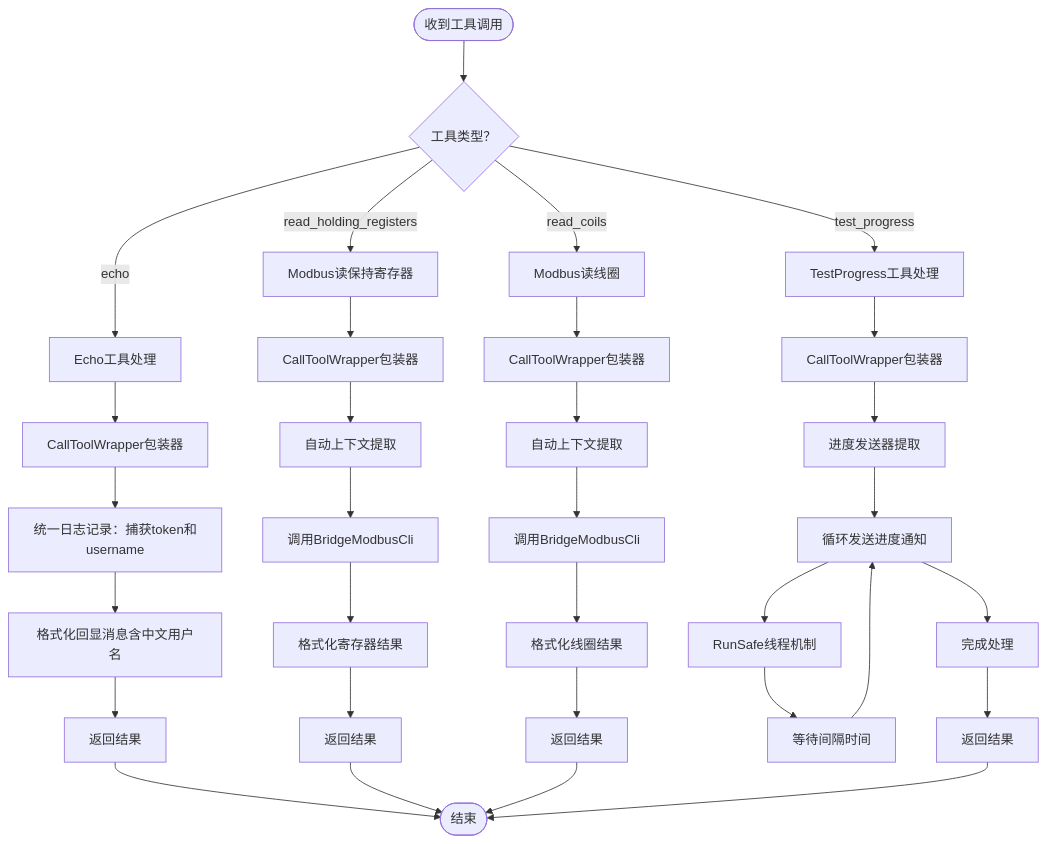
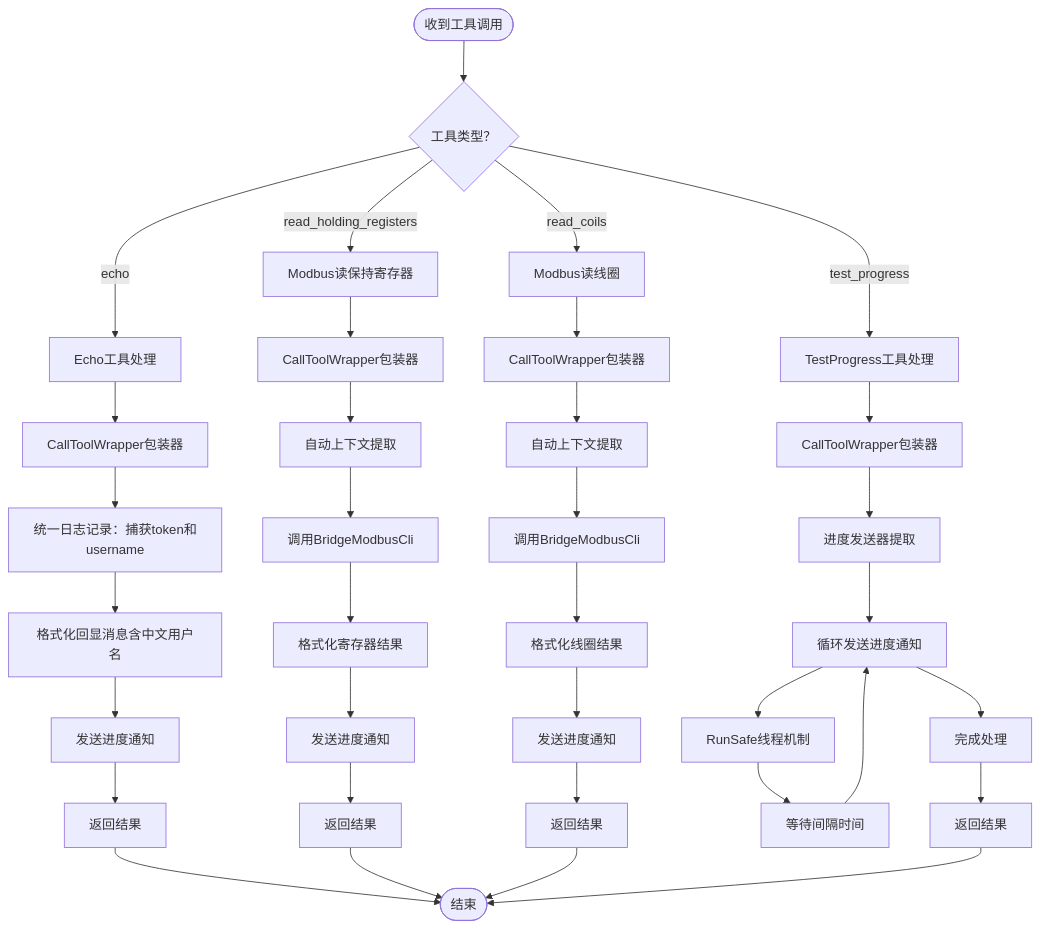
Before and after one commit to maomao94/zero-service: the third of 21 diagrams in .qoder/repowiki/zh/content/AI应用模块/MCP服务器.md, drawn with Mermaid. The commit also changed other lines of this file and 48 other files, not shown here.

````diff
--- a/.qoder/repowiki/zh/content/AI应用模块/MCP服务器.md
+++ b/.qoder/repowiki/zh/content/AI应用模块/MCP服务器.md
@@ -271,34 +333,37 @@
 ```mermaid
 flowchart TD
 Start(["收到工具调用"]) --> Check{"工具类型？"}
 Check --> |echo| Echo["Echo工具处理"]
 Check --> |read_holding_registers| Modbus1["Modbus读保持寄存器"]
 Check --> |read_coils| Modbus2["Modbus读线圈"]
 Check --> |test_progress| TestProgress["TestProgress工具处理"]
 Echo --> Wrapper["CallToolWrapper包装器"]
 Wrapper --> DebugLog["统一日志记录：捕获token和username"]
 DebugLog --> Format1["格式化回显消息含中文用户名"]
-Format1 --> Return1["返回结果"]
+Format1 --> Progress1["发送进度通知"]
+Progress1 --> Return1["返回结果"]
 Modbus1 --> Wrapper2["CallToolWrapper包装器"]
 Wrapper2 --> Extract["自动上下文提取"]
 Extract --> Call1["调用BridgeModbusCli"]
 Call1 --> Format2["格式化寄存器结果"]
-Format2 --> Return2["返回结果"]
+Format2 --> Progress2["发送进度通知"]
+Progress2 --> Return2["返回结果"]
 Modbus2 --> Wrapper3["CallToolWrapper包装器"]
 Wrapper3 --> Extract2["自动上下文提取"]
 Extract2 --> Call2["调用BridgeModbusCli"]
 Call2 --> Format3["格式化线圈结果"]
-Format3 --> Return3["返回结果"]
+Format3 --> Progress3["发送进度通知"]
+Progress3 --> Return3["返回结果"]
 TestProgress --> Wrapper4["CallToolWrapper包装器"]
 Wrapper4 --> Progress["进度发送器提取"]
 Progress --> Loop["循环发送进度通知"]
 Loop --> RunSafe["RunSafe线程机制"]
 RunSafe --> Sleep["等待间隔时间"]
 Sleep --> Loop
 Loop --> Complete["完成处理"]
 Complete --> Return4["返回结果"]
 Return1 --> End(["结束"])
 Return2 --> End
 Return3 --> End
 Return4 --> End
 ```
````
